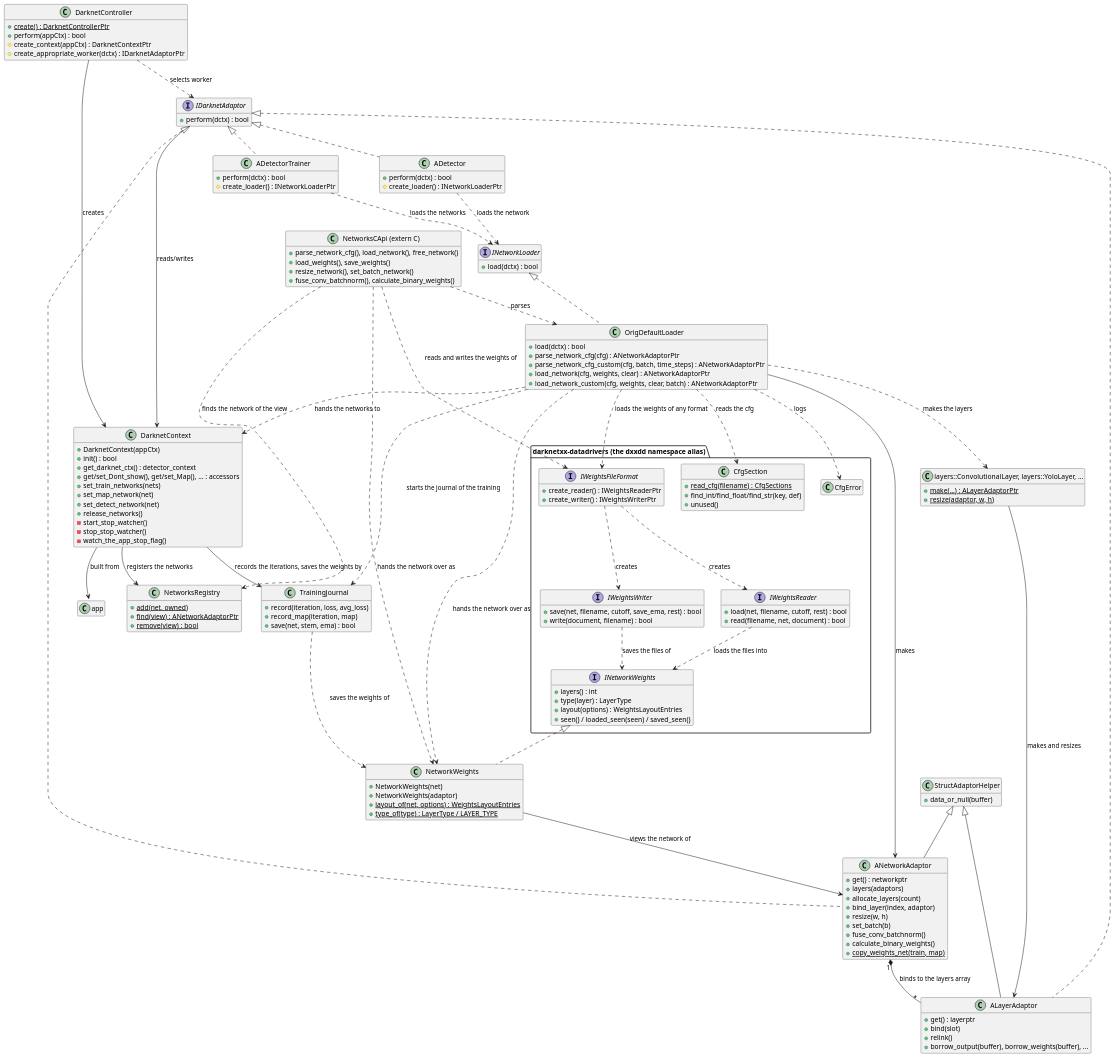
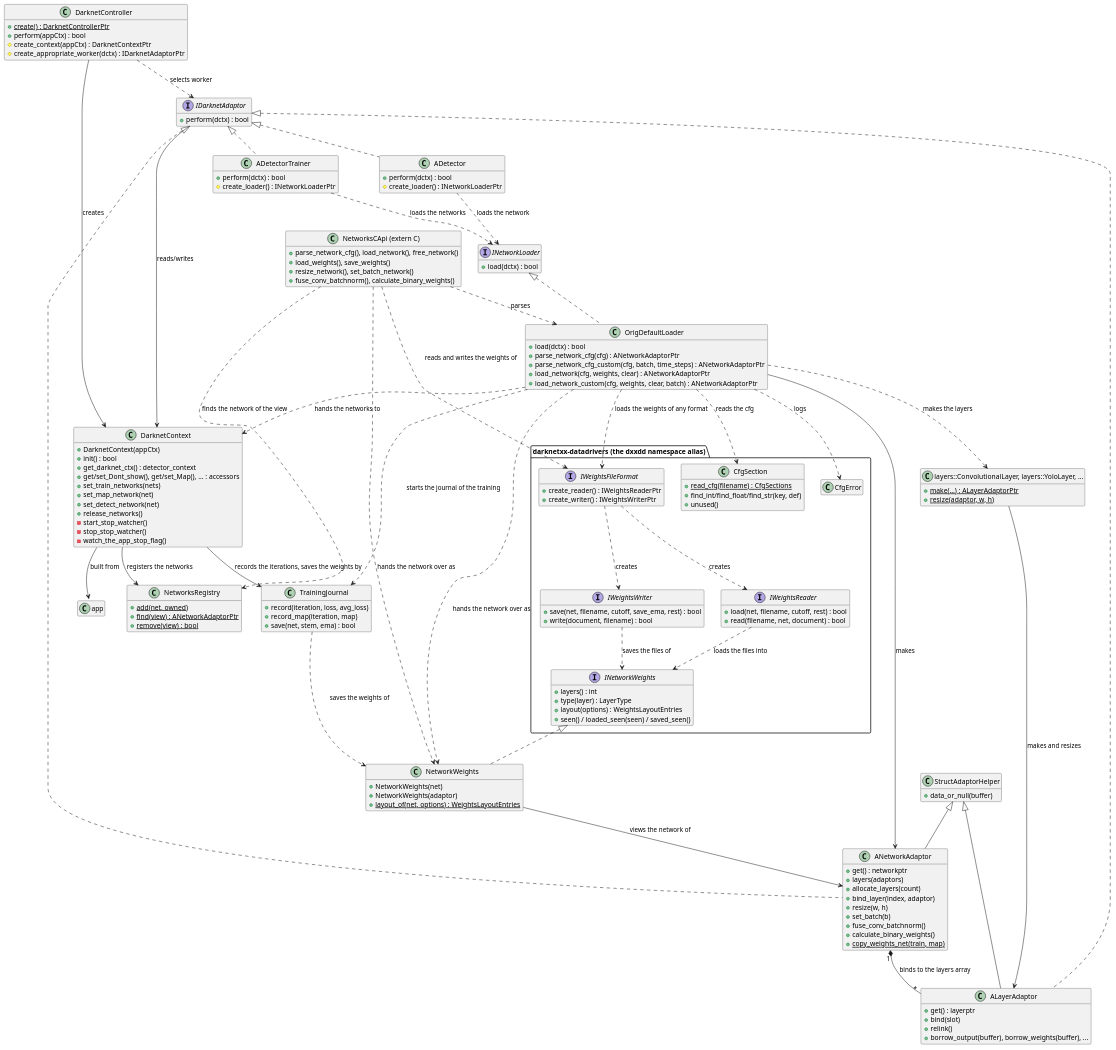
Before and after one commit to yuriysydor1991/darknetxx: the diagram in doc/sections/en_US/4-7-2-darknet-adaptor-components.md, drawn with PlantUML. The commit also changed 8 other files, not shown here.

```diff
--- a/doc/sections/en_US/4-7-2-darknet-adaptor-components.md
+++ b/doc/sections/en_US/4-7-2-darknet-adaptor-components.md
@@ -101,7 +101,6 @@
   +NetworkWeights(net)
   +NetworkWeights(adaptor)
   +{static} layout_of(net, options) : WeightsLayoutEntries
-  +{static} type_of(type) : LayerType / LAYER_TYPE
 }
 
 class TrainingJournal {
```
